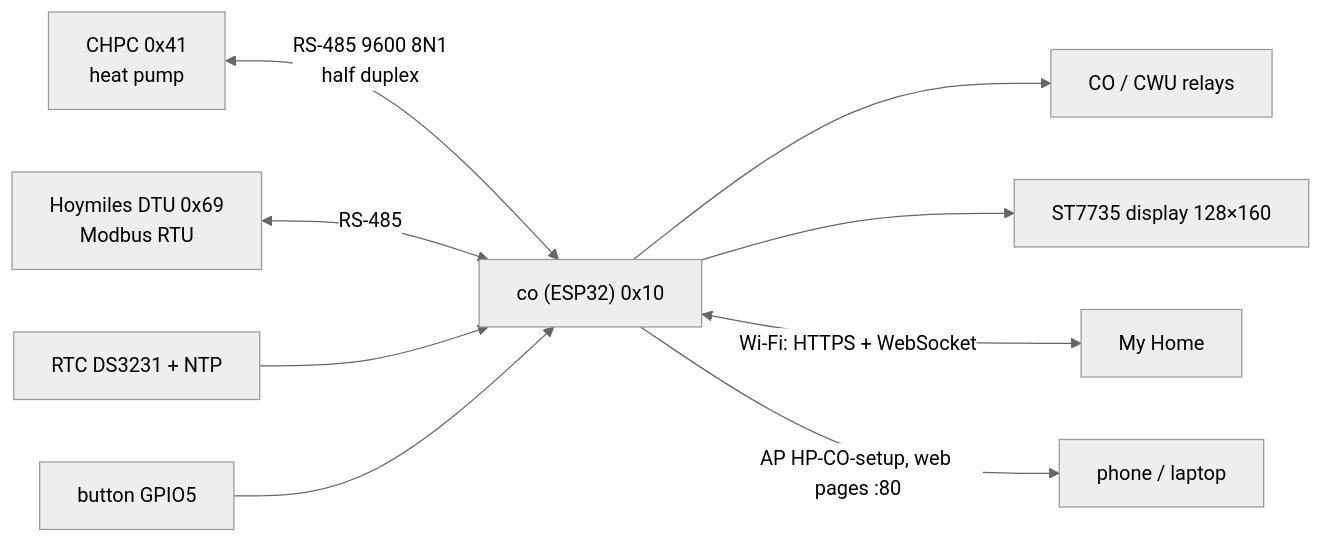
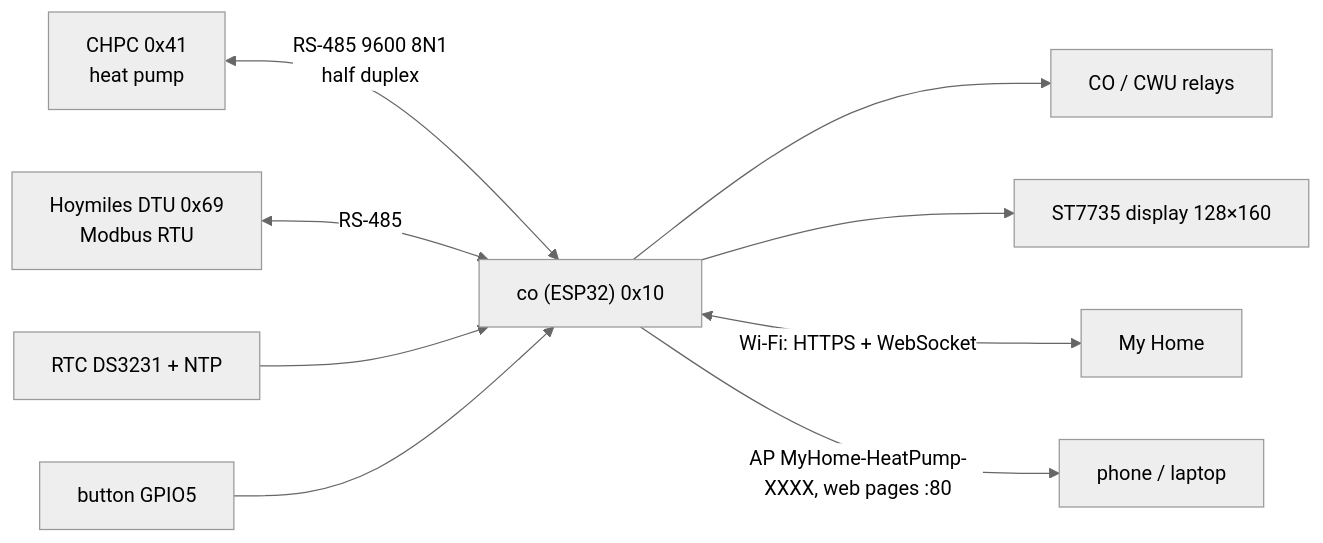
Before and after one commit to robertorlowski/chpc-web: the first of 5 diagrams in devices/co/docs/en/2-how-it-works.md, drawn with Mermaid (neutral theme). The commit also changed other lines of this file and 25 other files, not shown here.

First line of the commit message:
Dokumentacja: punkty dostępowe sterowników MyHome-<rodzaj>-XXXX pod 10.10.10.1

````diff
--- a/devices/co/docs/en/2-how-it-works.md
+++ b/devices/co/docs/en/2-how-it-works.md
@@ -7,12 +7,12 @@
 ```mermaid
 flowchart LR
     CHPC["CHPC 0x41<br/>heat pump"] <-- "RS-485 9600 8N1<br/>half duplex" --> CO
     DTU["Hoymiles DTU 0x69<br/>Modbus RTU"] <-- "RS-485" --> CO
     CO["co (ESP32) 0x10"]
     CO --> REL["CO / CWU relays"]
     CO --> LCD["ST7735 display 128×160"]
     RTC["RTC DS3231 + NTP"] --> CO
     BTN["button GPIO5"] --> CO
     CO <-- "Wi-Fi: HTTPS + WebSocket" --> SRV["My Home"]
-    CO -- "AP HP-CO-setup, web pages :80" --> USR["phone / laptop"]
+    CO -- "AP MyHome-HeatPump-XXXX, web pages :80" --> USR["phone / laptop"]
 ```
````
